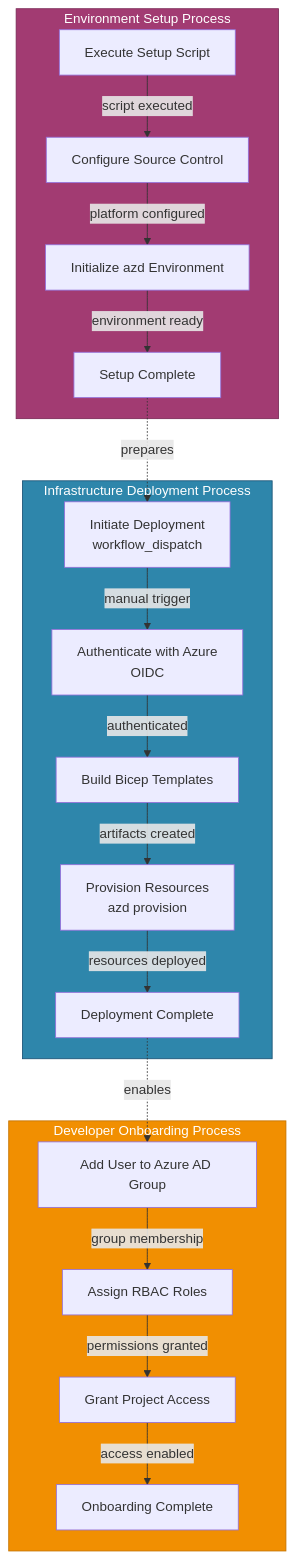
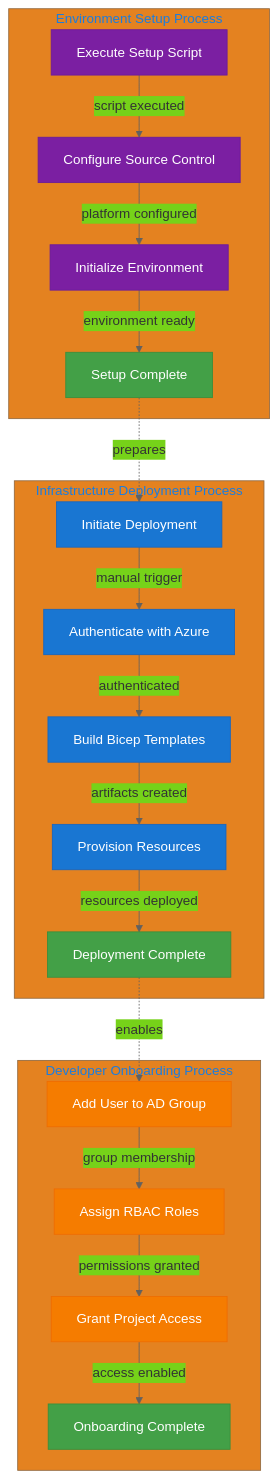
The third of 6 diagrams in docs/architecture/business.md (Evilazaro/DevExp-DevBox), drawn with Mermaid before and after one commit. The commit also changed other lines of this file, not shown here.

Commit message:
docs: enhance Business Architecture document with improved Mermaid diagrams and styling for clarity

````diff
--- a/docs/architecture/business.md
+++ b/docs/architecture/business.md
@@ -163,43 +176,51 @@
 ```mermaid
+%%{init: {'theme': 'base', 'themeVariables': { 'primaryColor': '#1976D2', 'lineColor': '#616161'}}}%%
 flowchart TB
     subgraph DeploymentProcess["Infrastructure Deployment Process"]
-        style DeploymentProcess fill:#2E86AB,stroke:#1a5276,color:#fff
-        P1["Initiate Deployment<br/>workflow_dispatch"]
-        P2["Authenticate with Azure<br/>OIDC"]
+        P1["Initiate Deployment"]
+        P2["Authenticate with Azure"]
         P3["Build Bicep Templates"]
-        P4["Provision Resources<br/>azd provision"]
+        P4["Provision Resources"]
         P5["Deployment Complete"]
     end
 
     subgraph SetupProcess["Environment Setup Process"]
-        style SetupProcess fill:#A23B72,stroke:#7a2956,color:#fff
         S1["Execute Setup Script"]
         S2["Configure Source Control"]
-        S3["Initialize azd Environment"]
+        S3["Initialize Environment"]
         S4["Setup Complete"]
     end
 
     subgraph OnboardingProcess["Developer Onboarding Process"]
-        style OnboardingProcess fill:#F18F01,stroke:#c47301,color:#fff
-        O1["Add User to Azure AD Group"]
+        O1["Add User to AD Group"]
         O2["Assign RBAC Roles"]
         O3["Grant Project Access"]
         O4["Onboarding Complete"]
     end
 
     P1 -->|"manual trigger"| P2
     P2 -->|"authenticated"| P3
     P3 -->|"artifacts created"| P4
     P4 -->|"resources deployed"| P5
 
     S1 -->|"script executed"| S2
     S2 -->|"platform configured"| S3
     S3 -->|"environment ready"| S4
 
     O1 -->|"group membership"| O2
     O2 -->|"permissions granted"| O3
     O3 -->|"access enabled"| O4
 
     P5 -.->|"enables"| O1
     S4 -.->|"prepares"| P1
+
+    classDef deployStyle fill:#1976D2,stroke:#1565C0,color:#FFFFFF
+    classDef setupStyle fill:#7B1FA2,stroke:#6A1B9A,color:#FFFFFF
+    classDef onboardStyle fill:#F57C00,stroke:#EF6C00,color:#FFFFFF
+    classDef completeStyle fill:#43A047,stroke:#388E3C,color:#FFFFFF
+
+    class P1,P2,P3,P4 deployStyle
+    class S1,S2,S3 setupStyle
+    class O1,O2,O3 onboardStyle
+    class P5,S4,O4 completeStyle
 ```
````
